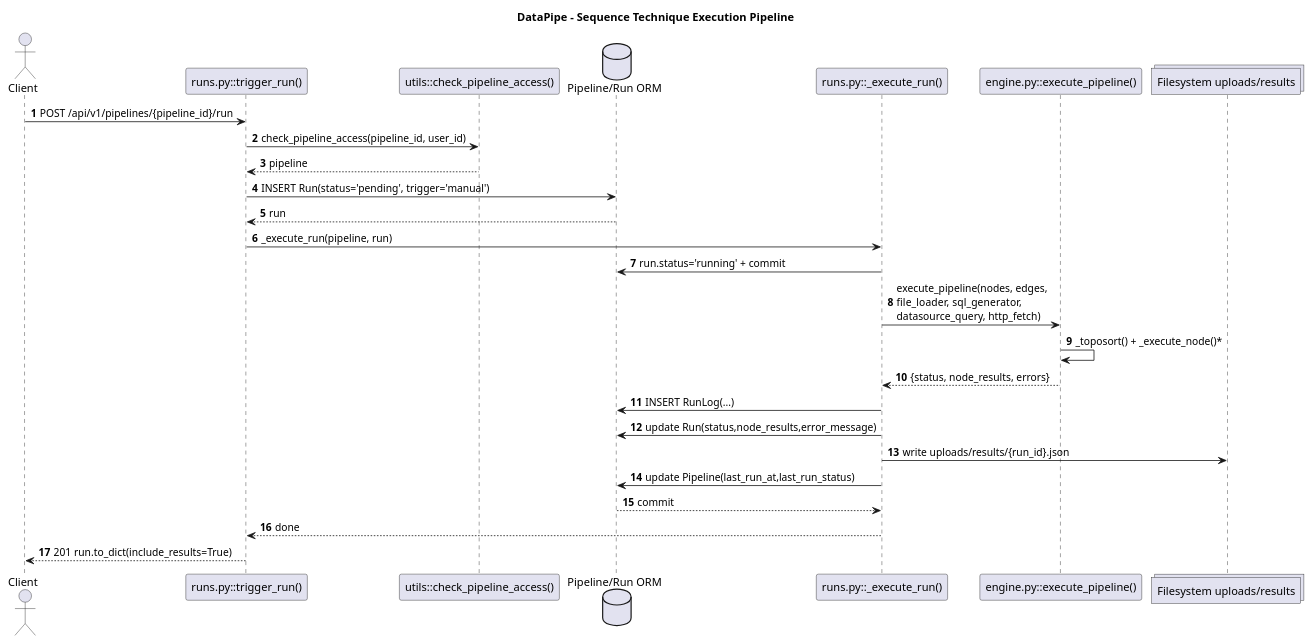
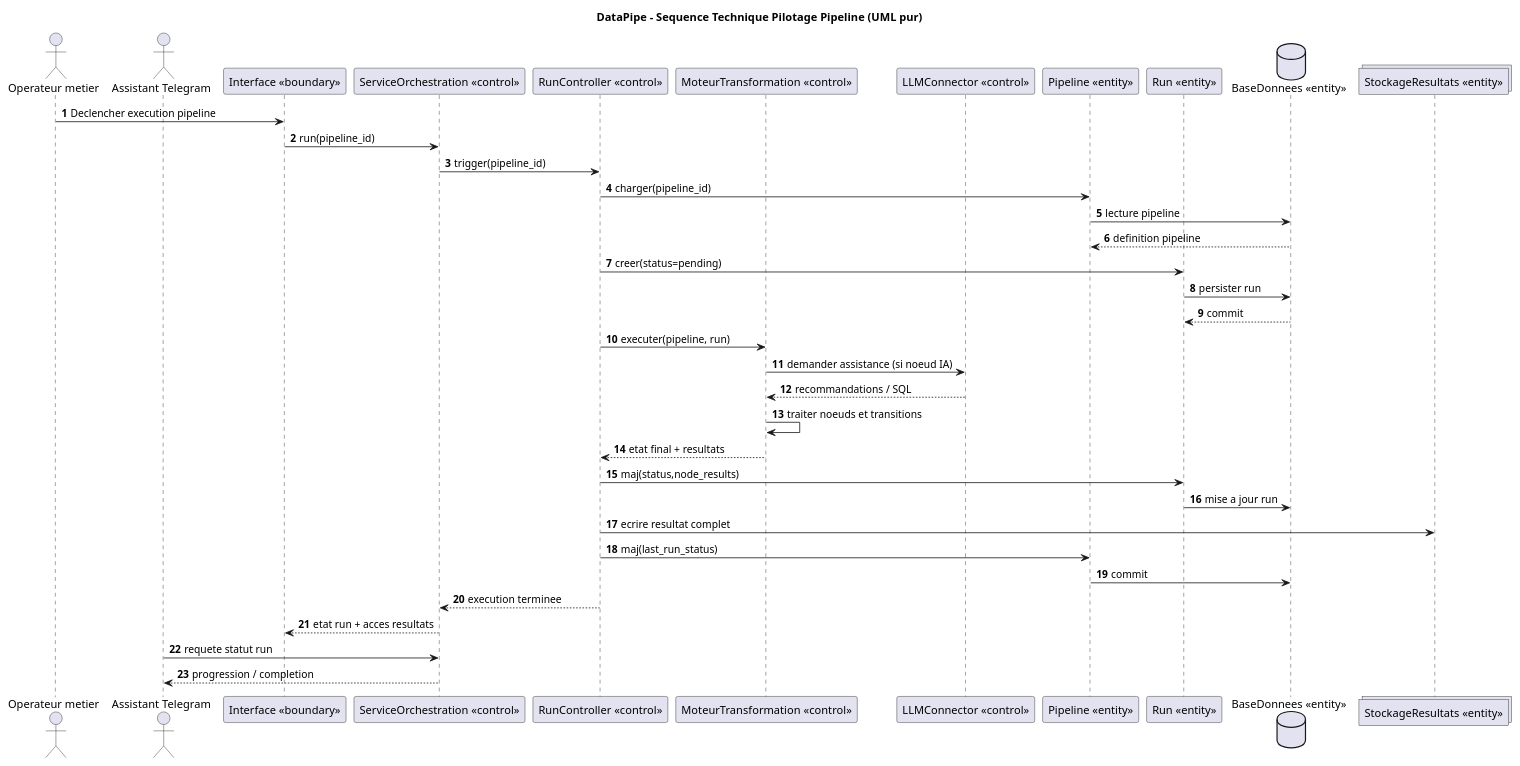
The diagram in conception/03_sequence_pipeline_run.puml (Delmat237/DataPipe---ETL-Visuel-pour-Pipelines-Bancaires), drawn with PlantUML before and after one commit. The commit also changed 11 other files, not shown here.

First line of the commit message:
docs: refondre la modélisation UML en vue système

```diff
--- a/conception/03_sequence_pipeline_run.puml
+++ b/conception/03_sequence_pipeline_run.puml
@@ -1,35 +1,46 @@
 @startuml
-title DataPipe - Sequence Technique Execution Pipeline
+title DataPipe - Sequence Technique Pilotage Pipeline (UML pur)
 autonumber
 skinparam shadowing false
 
-actor Client
-participant "runs.py::trigger_run()" as Trigger
-participant "utils::check_pipeline_access()" as Access
-database "Pipeline/Run ORM" as ORM
-participant "runs.py::_execute_run()" as ExecRun
-participant "engine.py::execute_pipeline()" as Engine
-collections "Filesystem uploads/results" as FS
+actor "Operateur metier" as U
+actor "Assistant Telegram" as TG
+participant "Interface <<boundary>>" as IHM
+participant "ServiceOrchestration <<control>>" as Service
+participant "RunController <<control>>" as Ctrl
+participant "MoteurTransformation <<control>>" as Engine
+participant "LLMConnector <<control>>" as LLM
+participant "Pipeline <<entity>>" as Pipeline
+participant "Run <<entity>>" as Run
+database "BaseDonnees <<entity>>" as DB
+collections "StockageResultats <<entity>>" as Storage
 
-Client -> Trigger : POST /api/v1/pipelines/{pipeline_id}/run
-Trigger -> Access : check_pipeline_access(pipeline_id, user_id)
-Access --> Trigger : pipeline
-Trigger -> ORM : INSERT Run(status='pending', trigger='manual')
-ORM --> Trigger : run
-Trigger -> ExecRun : _execute_run(pipeline, run)
+U -> IHM : Declencher execution pipeline
+IHM -> Service : run(pipeline_id)
+Service -> Ctrl : trigger(pipeline_id)
+Ctrl -> Pipeline : charger(pipeline_id)
+Pipeline -> DB : lecture pipeline
+DB --> Pipeline : definition pipeline
+Ctrl -> Run : creer(status=pending)
+Run -> DB : persister run
+DB --> Run : commit
 
-ExecRun -> ORM : run.status='running' + commit
-ExecRun -> Engine : execute_pipeline(nodes, edges,\nfile_loader, sql_generator,\ndatasource_query, http_fetch)
-Engine -> Engine : _toposort() + _execute_node()*
-Engine --> ExecRun : {status, node_results, errors}
+Ctrl -> Engine : executer(pipeline, run)
+Engine -> LLM : demander assistance (si noeud IA)
+LLM --> Engine : recommandations / SQL
+Engine -> Engine : traiter noeuds et transitions
+Engine --> Ctrl : etat final + resultats
 
-ExecRun -> ORM : INSERT RunLog(...)
-ExecRun -> ORM : update Run(status,node_results,error_message)
-ExecRun -> FS : write uploads/results/{run_id}.json
-ExecRun -> ORM : update Pipeline(last_run_at,last_run_status)
-ORM --> ExecRun : commit
-ExecRun --> Trigger : done
+Ctrl -> Run : maj(status,node_results)
+Run -> DB : mise a jour run
+Ctrl -> Storage : ecrire resultat complet
+Ctrl -> Pipeline : maj(last_run_status)
+Pipeline -> DB : commit
 
-Trigger --> Client : 201 run.to_dict(include_results=True)
+Ctrl --> Service : execution terminee
+Service --> IHM : etat run + acces resultats
+
+TG -> Service : requete statut run
+Service --> TG : progression / completion
 
 @enduml
```
